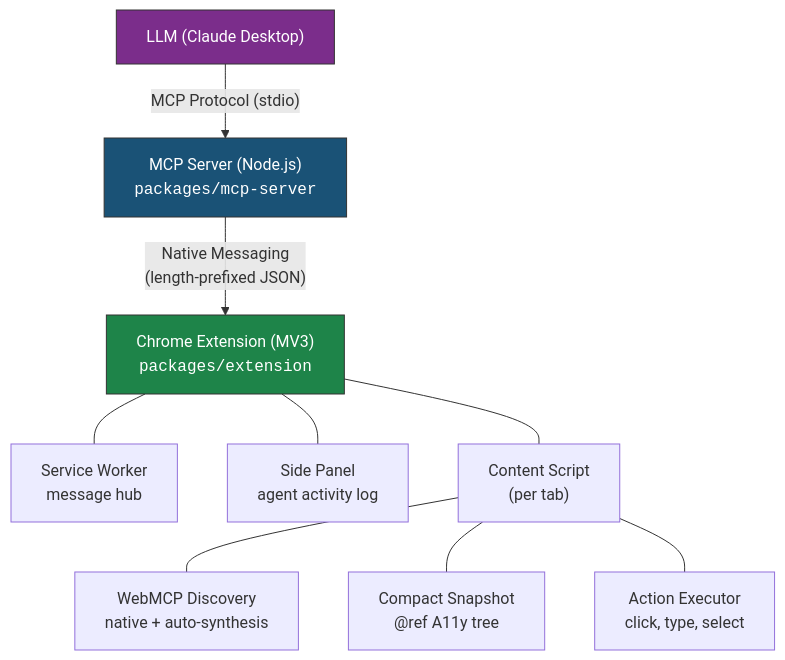
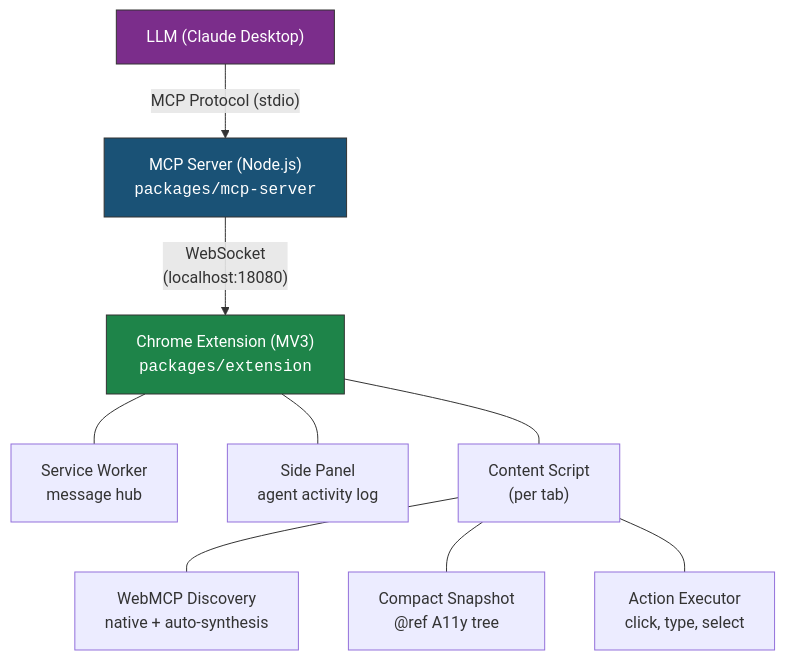
Before and after one commit to kuroko1t/webclaw: the diagram in README.md, drawn with Mermaid. The commit also changed other lines of this file, not shown here.

First line of the commit message:
Update README for WebSocket-based architecture

````diff
--- a/README.md
+++ b/README.md
@@ -20,25 +20,25 @@
 ```mermaid
 flowchart TB
     LLM["LLM (Claude Desktop)"]
     MCP["MCP Server (Node.js)<br/><code>packages/mcp-server</code>"]
     EXT["Chrome Extension (MV3)<br/><code>packages/extension</code>"]
     SW["Service Worker<br/>message hub"]
     SP["Side Panel<br/>agent activity log"]
     CS["Content Script<br/>(per tab)"]
     WD["WebMCP Discovery<br/>native + auto-synthesis"]
     SN["Compact Snapshot<br/>@ref A11y tree"]
     AE["Action Executor<br/>click, type, select"]
 
     LLM -- "MCP Protocol (stdio)" --> MCP
-    MCP -- "Native Messaging<br/>(length-prefixed JSON)" --> EXT
+    MCP -- "WebSocket<br/>(localhost:18080)" --> EXT
     EXT --- SW
     EXT --- SP
     EXT --- CS
     CS --- WD
     CS --- SN
     CS --- AE
 
     style LLM fill:#7b2d8b,stroke:#333,color:#fff
     style MCP fill:#1a5276,stroke:#333,color:#fff
     style EXT fill:#1e8449,stroke:#333,color:#fff
 ```
````
